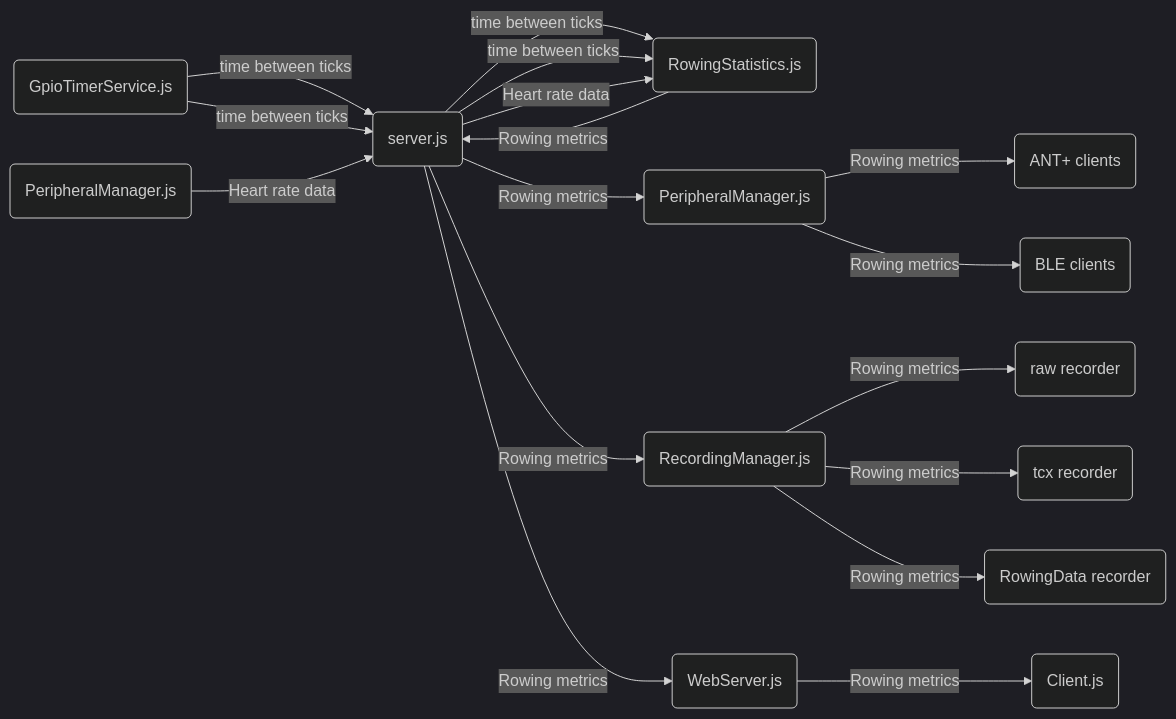
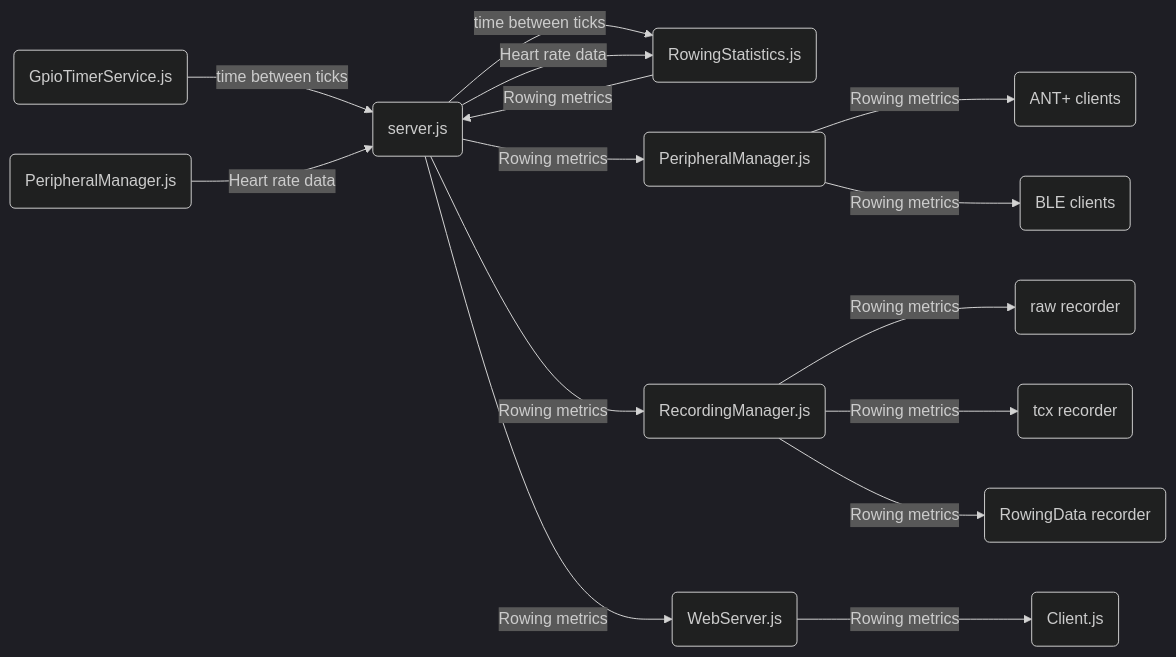
One commit to laberning/openrowingmonitor changed the first of 5 diagrams in docs/Architecture.md. Above: the diagram before and after it, drawn with Mermaid (dark theme).

````diff
--- a/docs/Architecture.md
+++ b/docs/Architecture.md
@@ -20,16 +20,17 @@
 ```mermaid
 flowchart LR
-A(GpioTimerService.js) -->|time between ticks| B(server.js) & B(server.js) -->|time between ticks| D(RowingStatistics.js)
+A(GpioTimerService.js) -->|time between ticks| B(server.js)
+B(server.js) -->|time between ticks| D(RowingStatistics.js)
 D(RowingStatistics.js) -->|Rowing metrics| B(server.js)
 C(PeripheralManager.js) -->|Heart rate data| B(server.js)
 B(server.js) -->|Heart rate data| D(RowingStatistics.js)
 B(server.js) -->|Rowing metrics| E(PeripheralManager.js)
 E(PeripheralManager.js) -->|Rowing metrics| F(ANT+ clients)
 E(PeripheralManager.js) -->|Rowing metrics| G(BLE clients)
 B(server.js) -->|Rowing metrics| H(RecordingManager.js)
 H(RecordingManager.js) -->|Rowing metrics| I(raw recorder)
 H(RecordingManager.js) -->|Rowing metrics| J(tcx recorder)
 H(RecordingManager.js) -->|Rowing metrics| K(RowingData recorder)
 B(server.js) -->|Rowing metrics| L(WebServer.js)
 L(WebServer.js) -->|Rowing metrics| M(Client.js)
 ```
````
